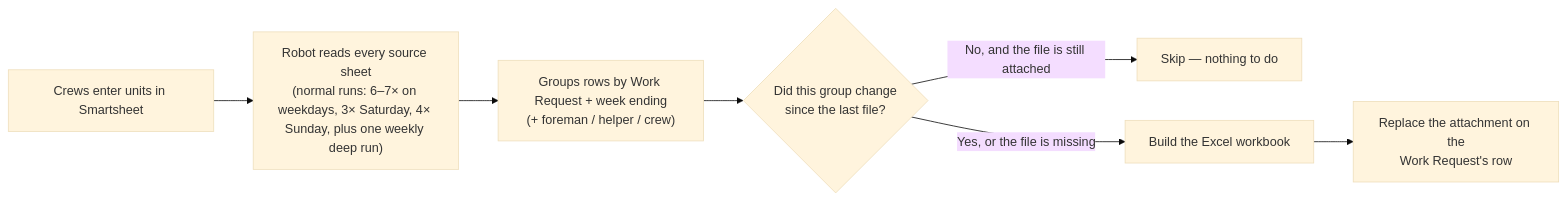
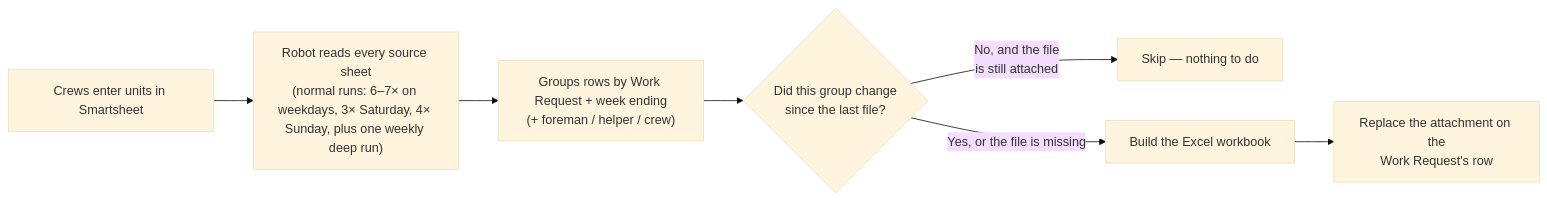
One commit to JFlo21/Generate-Weekly-PDFs-DSR-Resiliency changed the diagram in website/docs/learn/for-operators.md. Above: the diagram before and after it, drawn with Mermaid (base theme). The commit also changed 5 other files, not shown here.

First line of the commit message:
fix(docs): render Mermaid diagrams (#442)

````diff
--- a/website/docs/learn/for-operators.md
+++ b/website/docs/learn/for-operators.md
@@ -25,9 +25,9 @@
 ```mermaid
 flowchart LR
     A["Crews enter units in Smartsheet"] --> B["Robot reads every source sheet<br/>(normal runs: 6–7× on weekdays, 3× Saturday, 4× Sunday, plus one weekly deep run)"]
     B --> C["Groups rows by Work Request + week ending<br/>(+ foreman / helper / crew)"]
     C --> D{"Did this group change<br/>since the last file?"}
-    D -- "No, and the file is still attached" --> E["Skip — nothing to do"]
+    D -- "No, and the file<br/>is still attached" --> E["Skip — nothing to do"]
     D -- "Yes, or the file is missing" --> F["Build the Excel workbook"]
     F --> G["Replace the attachment on the<br/>Work Request's row"]
 ```
````
